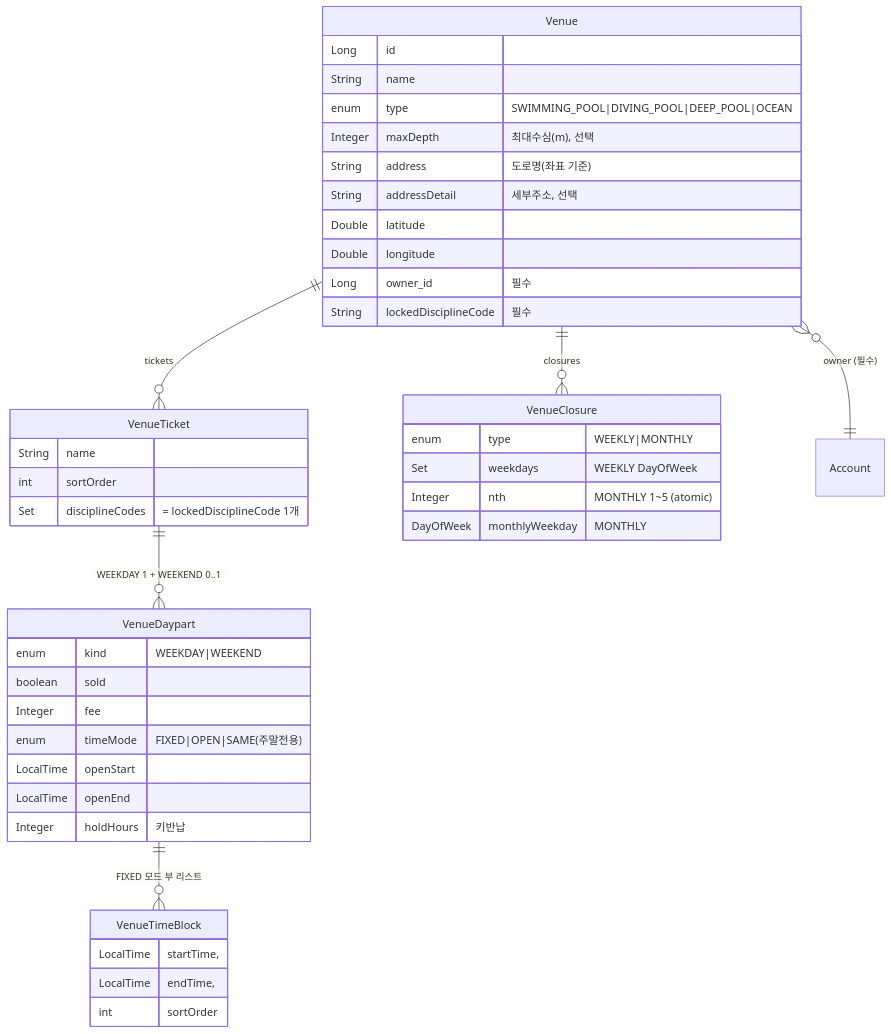
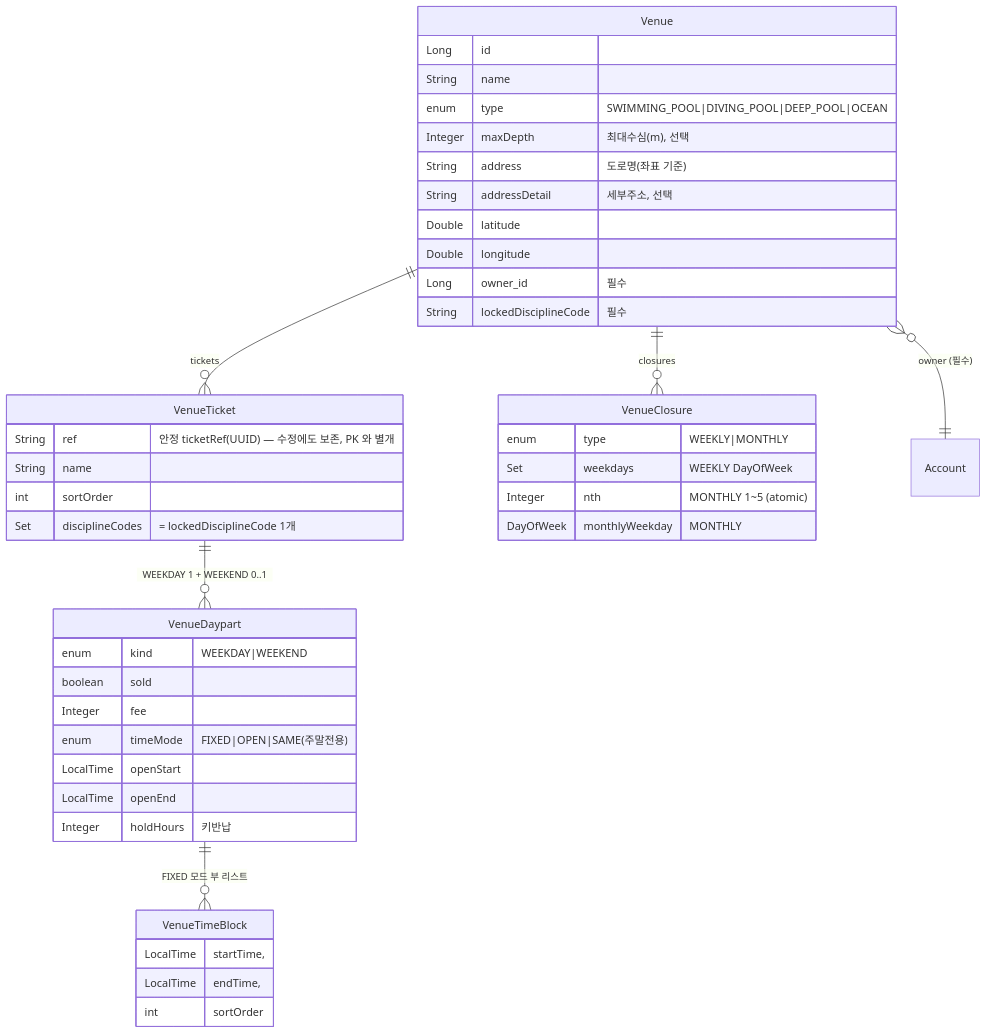
Before and after one commit to pungdong/Pungdong-Backend: the fourth of 5 diagrams in docs/architecture/venue.md, drawn with Mermaid. The commit also changed other lines of this file and 8 other files, not shown here.

First line of the commit message:
Fix: 커스텀 위치 수정 시 이용권 ticketRef 보존 (PK→안정 UUID)

````diff
--- a/docs/architecture/venue.md
+++ b/docs/architecture/venue.md
@@ -123,42 +123,43 @@
 ```mermaid
 erDiagram
   Venue ||--o{ VenueTicket : tickets
   Venue ||--o{ VenueClosure : closures
   VenueTicket ||--o{ VenueDaypart : "WEEKDAY 1 + WEEKEND 0..1"
   VenueDaypart ||--o{ VenueTimeBlock : "FIXED 모드 부 리스트"
   Venue }o--|| Account : "owner (필수)"
 
   Venue {
     Long id
     String name
     enum type "SWIMMING_POOL|DIVING_POOL|DEEP_POOL|OCEAN"
     Integer maxDepth "최대수심(m), 선택"
     String address "도로명(좌표 기준)"
     String addressDetail "세부주소, 선택"
     Double latitude
     Double longitude
     Long owner_id "필수"
     String lockedDisciplineCode "필수"
   }
   VenueTicket {
+    String ref "안정 ticketRef(UUID) — 수정에도 보존, PK 와 별개"
     String name
     int sortOrder
     Set disciplineCodes "= lockedDisciplineCode 1개"
   }
   VenueDaypart {
     enum kind "WEEKDAY|WEEKEND"
     boolean sold
     Integer fee
     enum timeMode "FIXED|OPEN|SAME(주말전용)"
     LocalTime openStart
     LocalTime openEnd
     Integer holdHours "키반납"
   }
   VenueTimeBlock { LocalTime startTime, LocalTime endTime, int sortOrder }
   VenueClosure {
     enum type "WEEKLY|MONTHLY"
     Set weekdays "WEEKLY DayOfWeek"
     Integer nth "MONTHLY 1~5 (atomic)"
     DayOfWeek monthlyWeekday "MONTHLY"
   }
 ```
````
